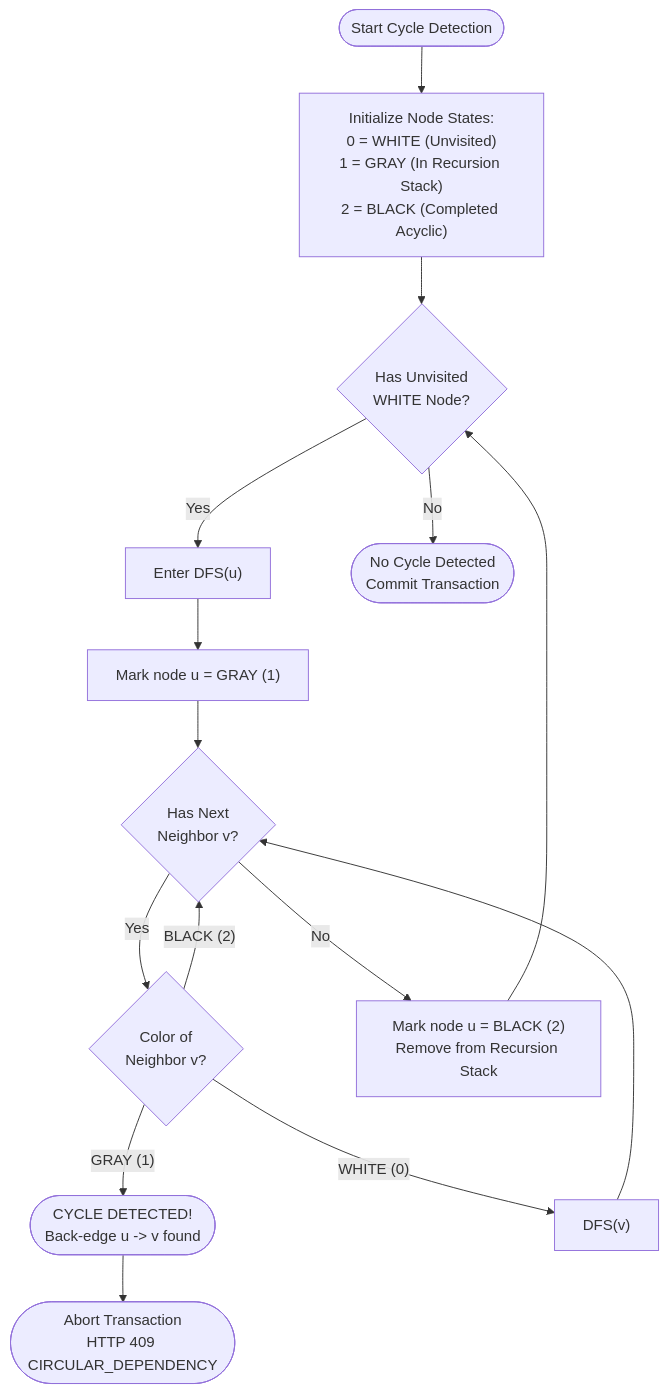
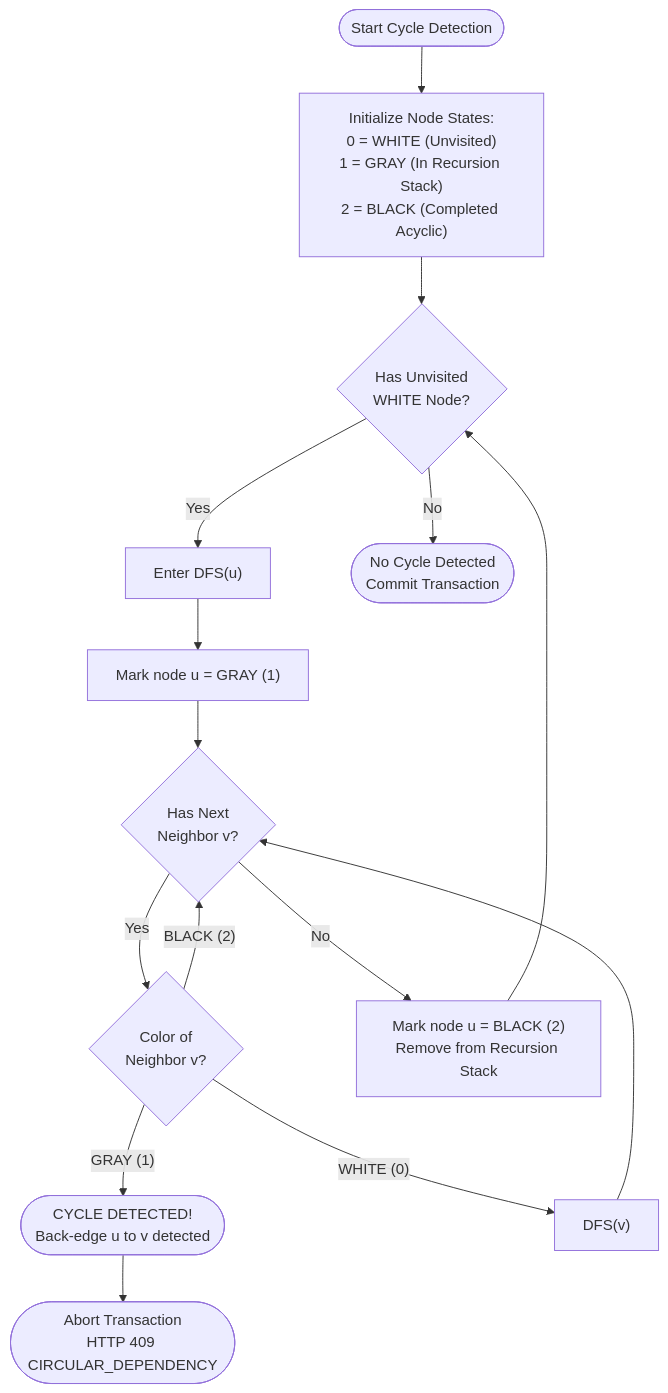
One commit to utshojahin/doomsday-ready changed the third of 6 diagrams in README.md. Above: the diagram before and after it, drawn with Mermaid. The commit also changed other lines of this file, not shown here.

Commit message:
docs: fix Mermaid diagram syntax by quoting edge labels with parentheses

````diff
--- a/README.md
+++ b/README.md
@@ -120,22 +120,22 @@
 ```mermaid
 flowchart TD
     Start(["Start Cycle Detection"]) --> Init["Initialize Node States:<br/>0 = WHITE (Unvisited)<br/>1 = GRAY (In Recursion Stack)<br/>2 = BLACK (Completed Acyclic)"]
     Init --> SelectNode{"Has Unvisited<br/>WHITE Node?"}
-    SelectNode -- Yes --> DFS["Enter DFS(u)"]
-    SelectNode -- No --> Valid(["No Cycle Detected<br/>Commit Transaction"])
+    SelectNode -- "Yes" --> DFS["Enter DFS(u)"]
+    SelectNode -- "No" --> Valid(["No Cycle Detected<br/>Commit Transaction"])
 
     DFS --> MarkGray["Mark node u = GRAY (1)"]
     MarkGray --> LoopNeighbors{"Has Next<br/>Neighbor v?"}
 
-    LoopNeighbors -- Yes --> CheckColor{"Color of<br/>Neighbor v?"}
-    CheckColor -- "GRAY (1)" --> CycleFound(["CYCLE DETECTED!<br/>Back-edge u -> v found"])
+    LoopNeighbors -- "Yes" --> CheckColor{"Color of<br/>Neighbor v?"}
+    CheckColor -- "GRAY (1)" --> CycleFound(["CYCLE DETECTED!<br/>Back-edge u to v detected"])
     CycleFound --> Rollback(["Abort Transaction<br/>HTTP 409 CIRCULAR_DEPENDENCY"])
 
     CheckColor -- "WHITE (0)" --> Recurse["DFS(v)"]
     Recurse --> LoopNeighbors
 
     CheckColor -- "BLACK (2)" --> LoopNeighbors
 
-    LoopNeighbors -- No --> MarkBlack["Mark node u = BLACK (2)<br/>Remove from Recursion Stack"]
+    LoopNeighbors -- "No" --> MarkBlack["Mark node u = BLACK (2)<br/>Remove from Recursion Stack"]
     MarkBlack --> SelectNode
 ```
````
